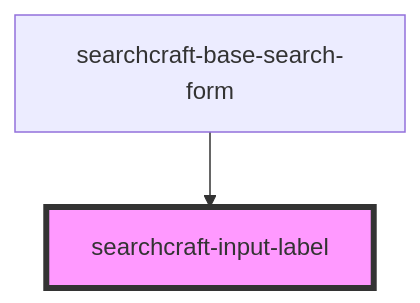
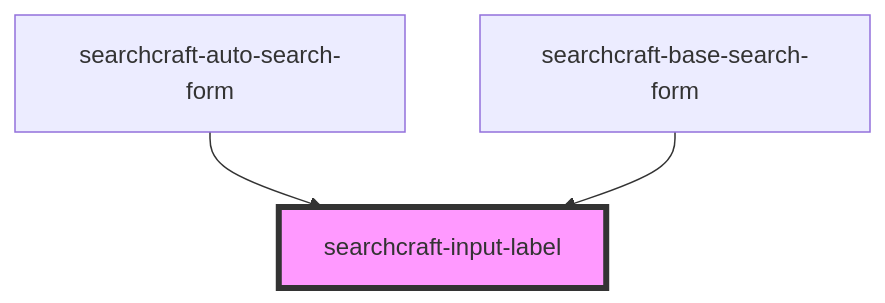
The diagram in packages/javascript-sdk/src/components/searchcraft-input-label/readme.md (searchcraft-inc/searchcraft-javascript-sdks), drawn with Mermaid before and after one commit. The commit also changed other lines of this file and 73 other files, not shown here.

````diff
--- a/packages/javascript-sdk/src/components/searchcraft-input-label/readme.md
+++ b/packages/javascript-sdk/src/components/searchcraft-input-label/readme.md
@@ -23,5 +24,6 @@
 ```mermaid
 graph TD;
+  searchcraft-auto-search-form --> searchcraft-input-label
   searchcraft-base-search-form --> searchcraft-input-label
   style searchcraft-input-label fill:#f9f,stroke:#333,stroke-width:4px
 ```
````
